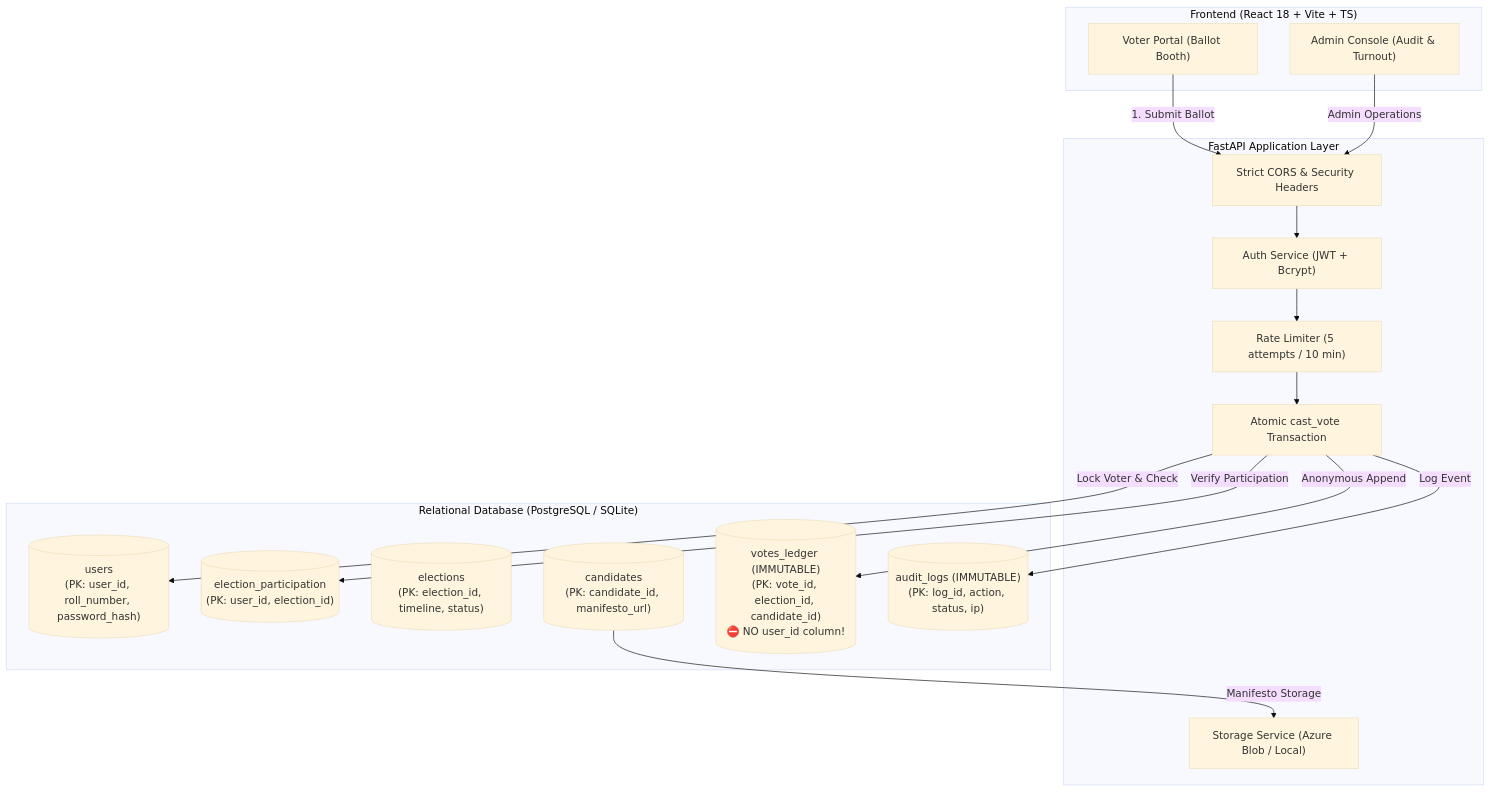
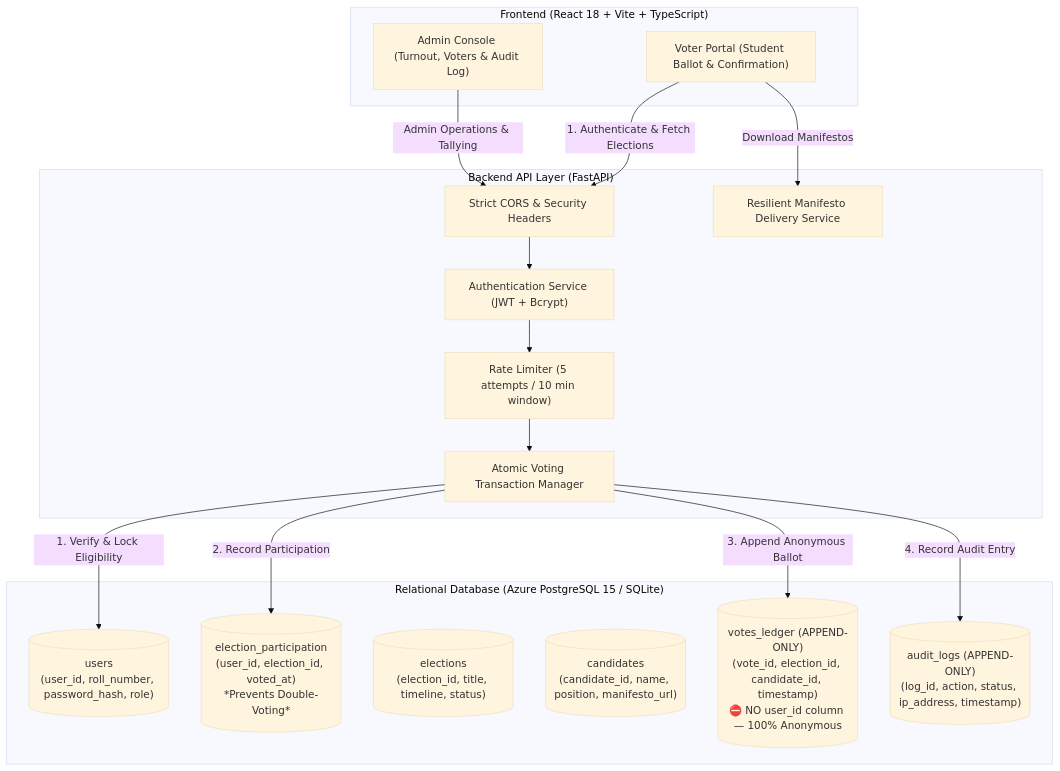
One commit to amrittripathi599-sketch/SecureVote-Zero-Trust-Campus-Election-Commission-Portal changed the diagram in README.md. Above: the diagram before and after it, drawn with Mermaid (base theme). The commit also changed other lines of this file, not shown here.

Commit message:
docs: update comprehensive project documentation and deployment architecture

````diff
--- a/README.md
+++ b/README.md
@@ -31,35 +31,35 @@
 ```mermaid
 flowchart TD
-    subgraph Client["Frontend (React 18 + Vite + TS)"]
-        UI_Voter["Voter Portal (Ballot Booth)"]
-        UI_Admin["Admin Console (Audit & Turnout)"]
+    subgraph Client["Frontend (React 18 + Vite + TypeScript)"]
+        UI_Voter["Voter Portal (Student Ballot & Confirmation)"]
+        UI_Admin["Admin Console (Turnout, Voters & Audit Log)"]
     end
 
-    subgraph API["FastAPI Application Layer"]
+    subgraph API["Backend API Layer (FastAPI)"]
         CORS["Strict CORS & Security Headers"]
-        Auth["Auth Service (JWT + Bcrypt)"]
-        RateLimit["Rate Limiter (5 attempts / 10 min)"]
-        VotingTx["Atomic cast_vote Transaction"]
-        Storage["Storage Service (Azure Blob / Local)"]
+        Auth["Authentication Service (JWT + Bcrypt)"]
+        RateLimit["Rate Limiter (5 attempts / 10 min window)"]
+        VotingTx["Atomic Voting Transaction Manager"]
+        ManifestoRoute["Resilient Manifesto Delivery Service"]
     end
 
-    subgraph DB["Relational Database (PostgreSQL / SQLite)"]
-        Users[("users\n(PK: user_id, roll_number, password_hash)")]
-        Participation[("election_participation\n(PK: user_id, election_id)")]
-        Elections[("elections\n(PK: election_id, timeline, status)")]
-        Candidates[("candidates\n(PK: candidate_id, manifesto_url)")]
-        VotesLedger[("votes_ledger (IMMUTABLE)\n(PK: vote_id, election_id, candidate_id)\n⛔ NO user_id column!")]
-        AuditLogs[("audit_logs (IMMUTABLE)\n(PK: log_id, action, status, ip)")]
+    subgraph DB["Relational Database (Azure PostgreSQL 15 / SQLite)"]
+        Users[("users\n(user_id, roll_number, password_hash, role)")]
+        Participation[("election_participation\n(user_id, election_id, voted_at)\n*Prevents Double-Voting*")]
+        Elections[("elections\n(election_id, title, timeline, status)")]
+        Candidates[("candidates\n(candidate_id, name, position, manifesto_url)")]
+        VotesLedger[("votes_ledger (APPEND-ONLY)\n(vote_id, election_id, candidate_id, timestamp)\n⛔ NO user_id column — 100% Anonymous")]
+        AuditLogs[("audit_logs (APPEND-ONLY)\n(log_id, action, status, ip_address, timestamp)")]
     end
 
-    UI_Voter -->|1. Submit Ballot| CORS
-    UI_Admin -->|Admin Operations| CORS
+    UI_Voter -->|1. Authenticate & Fetch Elections| CORS
+    UI_Admin -->|Admin Operations & Tallying| CORS
     CORS --> Auth
     Auth --> RateLimit
     RateLimit --> VotingTx
-    VotingTx -->|Lock Voter & Check| Users
-    VotingTx -->|Verify Participation| Participation
-    VotingTx -->|Anonymous Append| VotesLedger
-    VotingTx -->|Log Event| AuditLogs
-    Candidates -->|Manifesto Storage| Storage
+    VotingTx -->|1. Verify & Lock Eligibility| Users
+    VotingTx -->|2. Record Participation| Participation
+    VotingTx -->|3. Append Anonymous Ballot| VotesLedger
+    VotingTx -->|4. Record Audit Entry| AuditLogs
+    UI_Voter -->|Download Manifestos| ManifestoRoute
 ```
````
